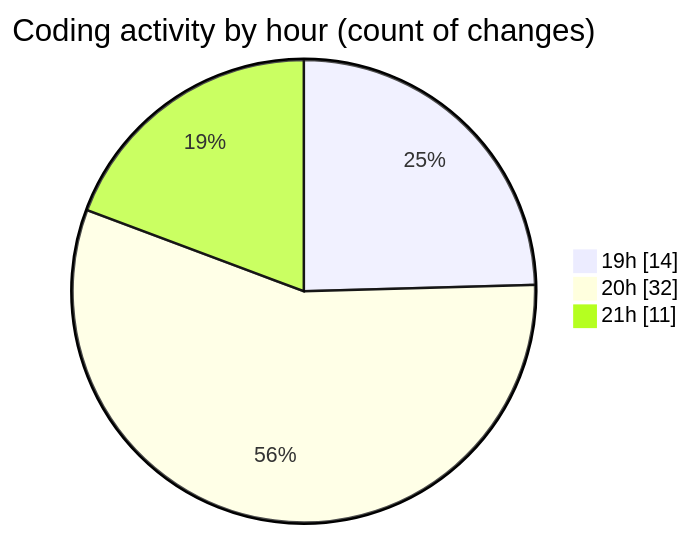
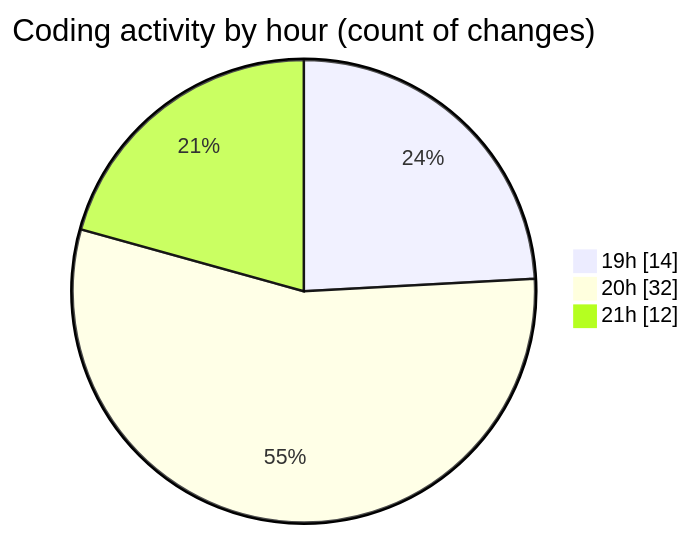
The second of 2 diagrams in 2025-10-24/skintrack/README.md (Netris89/code-tracking), drawn with Mermaid before and after one commit. The commit also changed other lines of this file and 1 other file, not shown here.

````diff
--- a/2025-10-24/skintrack/README.md
+++ b/2025-10-24/skintrack/README.md
@@ -32,7 +33,7 @@
 ```mermaid
 pie showData
 title Coding activity by hour (count of changes)
 "19h" : 14
 "20h" : 32
-"21h" : 11
+"21h" : 12
 ```
````
